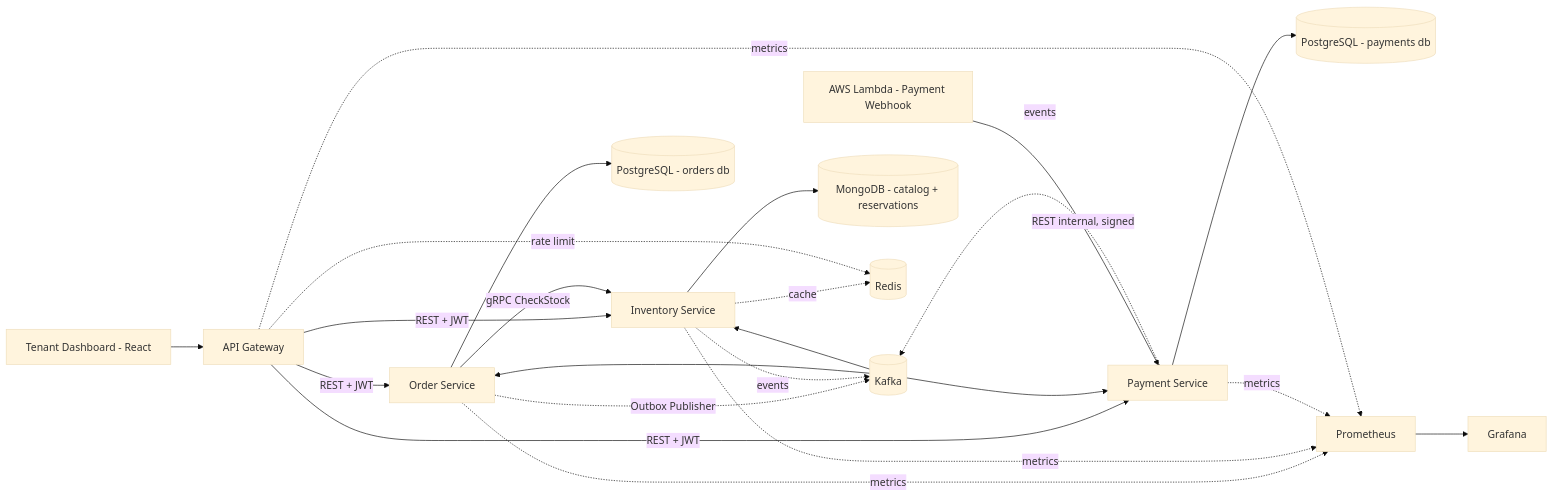
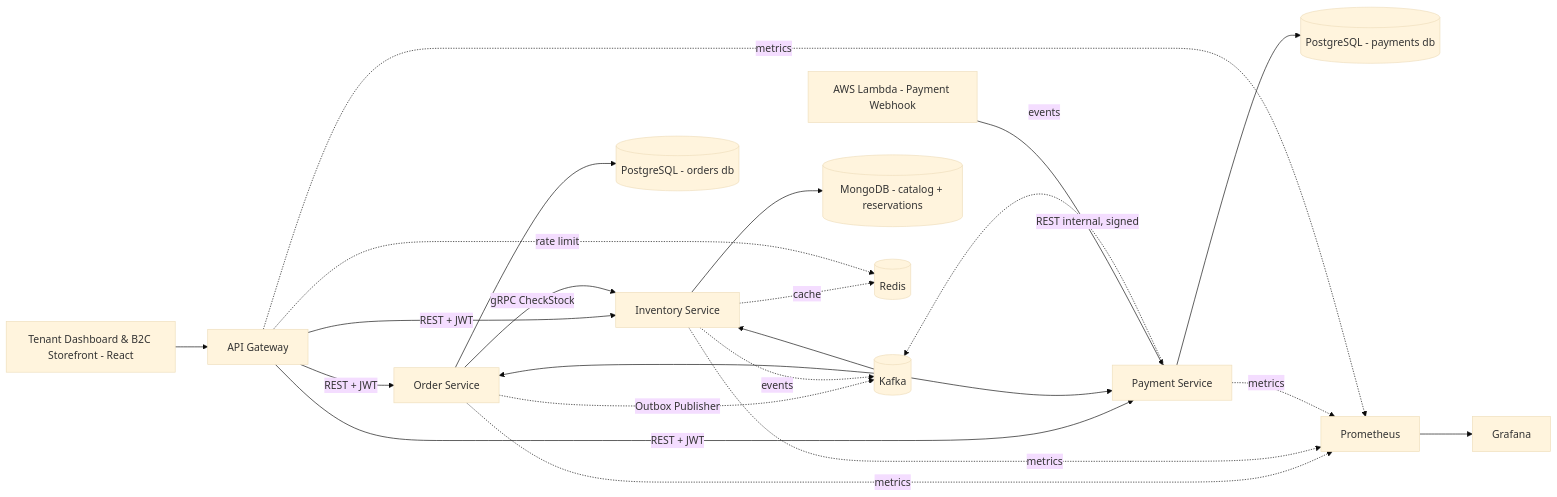
The first of 2 diagrams in docs/ARCHITECTURE.md (pmfml/order-flow), drawn with Mermaid (base theme) before and after one commit. The commit also changed other lines of this file and 2 other files, not shown here.

First line of the commit message:
docs: mark Phase 11 (B2C Storefront) as completed and update troubleshooting

````diff
--- a/docs/ARCHITECTURE.md
+++ b/docs/ARCHITECTURE.md
@@ -32,25 +32,25 @@
 ```mermaid
 flowchart LR
-    Client[Tenant Dashboard - React] --> GW[API Gateway]
+    Client[Tenant Dashboard & B2C Storefront - React] --> GW[API Gateway]
     GW -->|REST + JWT| OS[Order Service]
     GW -->|REST + JWT| IS[Inventory Service]
     GW -->|REST + JWT| PS[Payment Service]
     OS -->|gRPC CheckStock| IS
     OS -. Outbox Publisher .-> K[(Kafka)]
     IS -. events .-> K
     PS -. events .-> K
     K --> OS
     K --> IS
     K --> PS
     Lambda[AWS Lambda - Payment Webhook] -->|REST internal, signed| PS
     OS --> PG1[(PostgreSQL - orders db)]
     PS --> PG2[(PostgreSQL - payments db)]
     IS --> Mongo[(MongoDB - catalog + reservations)]
     IS -.cache.-> Redis[(Redis)]
     GW -.rate limit.-> Redis
     OS -. metrics .-> Prom[Prometheus]
     IS -. metrics .-> Prom
     PS -. metrics .-> Prom
     GW -. metrics .-> Prom
     Prom --> Grafana[Grafana]
 ```
````
